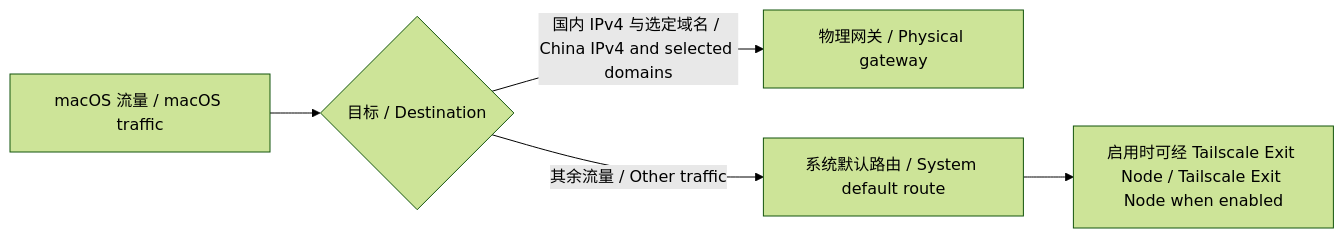
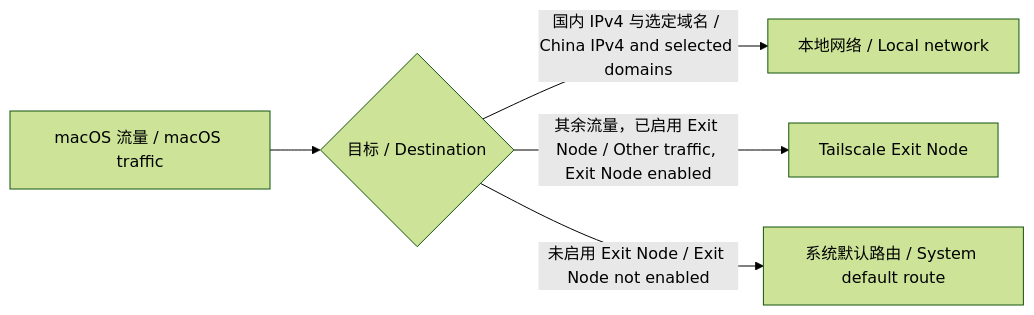
Before and after one commit to I-Seer/tailscale-route: the diagram in README.md, drawn with Mermaid (forest theme). The commit also changed other lines of this file, not shown here.

Commit message:
docs: clarify Tailscale exit-node routing

````diff
--- a/README.md
+++ b/README.md
@@ -25,7 +25,7 @@
 ```mermaid
 flowchart LR
     A[macOS 流量 / macOS traffic] --> B{目标 / Destination}
-    B -->|国内 IPv4 与选定域名 / China IPv4 and selected domains| C[物理网关 / Physical gateway]
-    B -->|其余流量 / Other traffic| D[系统默认路由 / System default route]
-    D --> E[启用时可经 Tailscale Exit Node / Tailscale Exit Node when enabled]
+    B -->|国内 IPv4 与选定域名 / China IPv4 and selected domains| C[本地网络 / Local network]
+    B -->|其余流量，已启用 Exit Node / Other traffic, Exit Node enabled| D[Tailscale Exit Node]
+    B -->|未启用 Exit Node / Exit Node not enabled| E[系统默认路由 / System default route]
 ```
````
